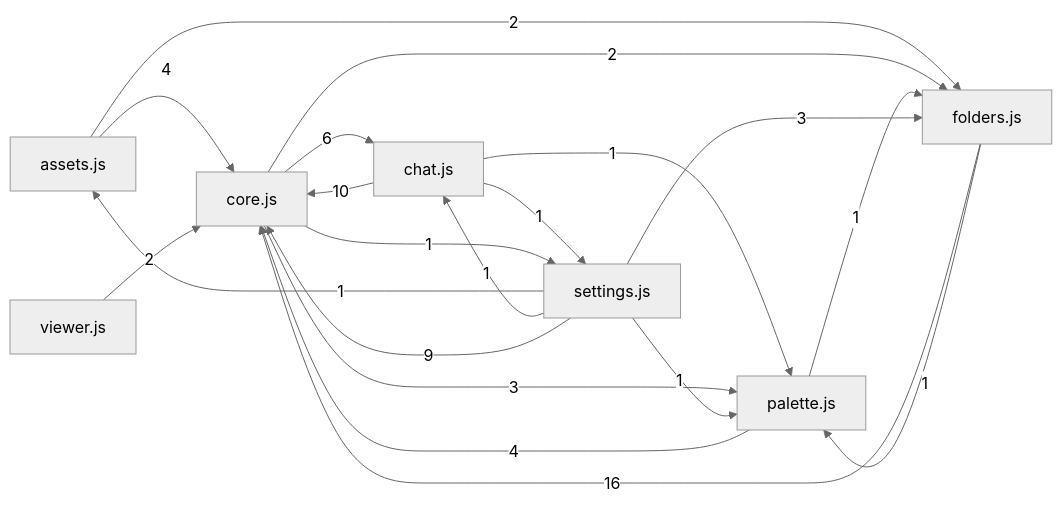
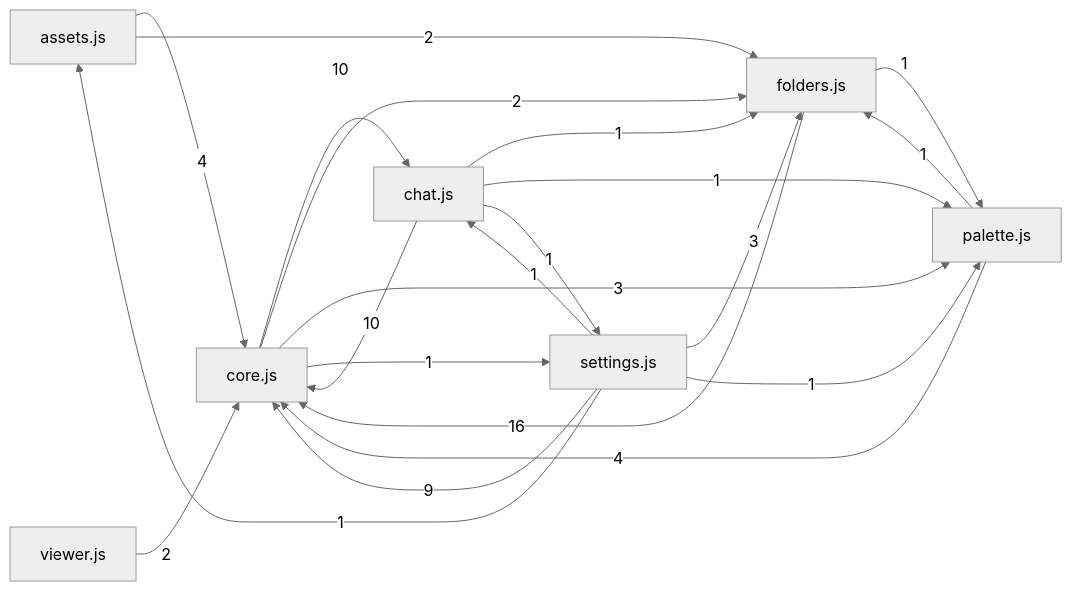
Before and after one commit to Zenginby/kromis: the diagram in docs/graflar/onyuz.md, drawn with Mermaid (neutral theme). The commit also changed other lines of this file and 19 other files, not shown here.

````diff
--- a/docs/graflar/onyuz.md
+++ b/docs/graflar/onyuz.md
@@ -23,22 +23,23 @@
 ```mermaid
 flowchart LR
   n_assets_js["assets.js"] -->|4| n_core_js["core.js"]
   n_assets_js["assets.js"] -->|2| n_folders_js["folders.js"]
   n_chat_js["chat.js"] -->|10| n_core_js["core.js"]
+  n_chat_js["chat.js"] -->|1| n_folders_js["folders.js"]
   n_chat_js["chat.js"] -->|1| n_palette_js["palette.js"]
   n_chat_js["chat.js"] -->|1| n_settings_js["settings.js"]
-  n_core_js["core.js"] -->|6| n_chat_js["chat.js"]
+  n_core_js["core.js"] -->|10| n_chat_js["chat.js"]
   n_core_js["core.js"] -->|2| n_folders_js["folders.js"]
   n_core_js["core.js"] -->|3| n_palette_js["palette.js"]
   n_core_js["core.js"] -->|1| n_settings_js["settings.js"]
   n_folders_js["folders.js"] -->|16| n_core_js["core.js"]
   n_folders_js["folders.js"] -->|1| n_palette_js["palette.js"]
   n_palette_js["palette.js"] -->|4| n_core_js["core.js"]
   n_palette_js["palette.js"] -->|1| n_folders_js["folders.js"]
   n_settings_js["settings.js"] -->|1| n_assets_js["assets.js"]
   n_settings_js["settings.js"] -->|1| n_chat_js["chat.js"]
   n_settings_js["settings.js"] -->|9| n_core_js["core.js"]
   n_settings_js["settings.js"] -->|3| n_folders_js["folders.js"]
   n_settings_js["settings.js"] -->|1| n_palette_js["palette.js"]
   n_viewer_js["viewer.js"] -->|2| n_core_js["core.js"]
 ```
````
